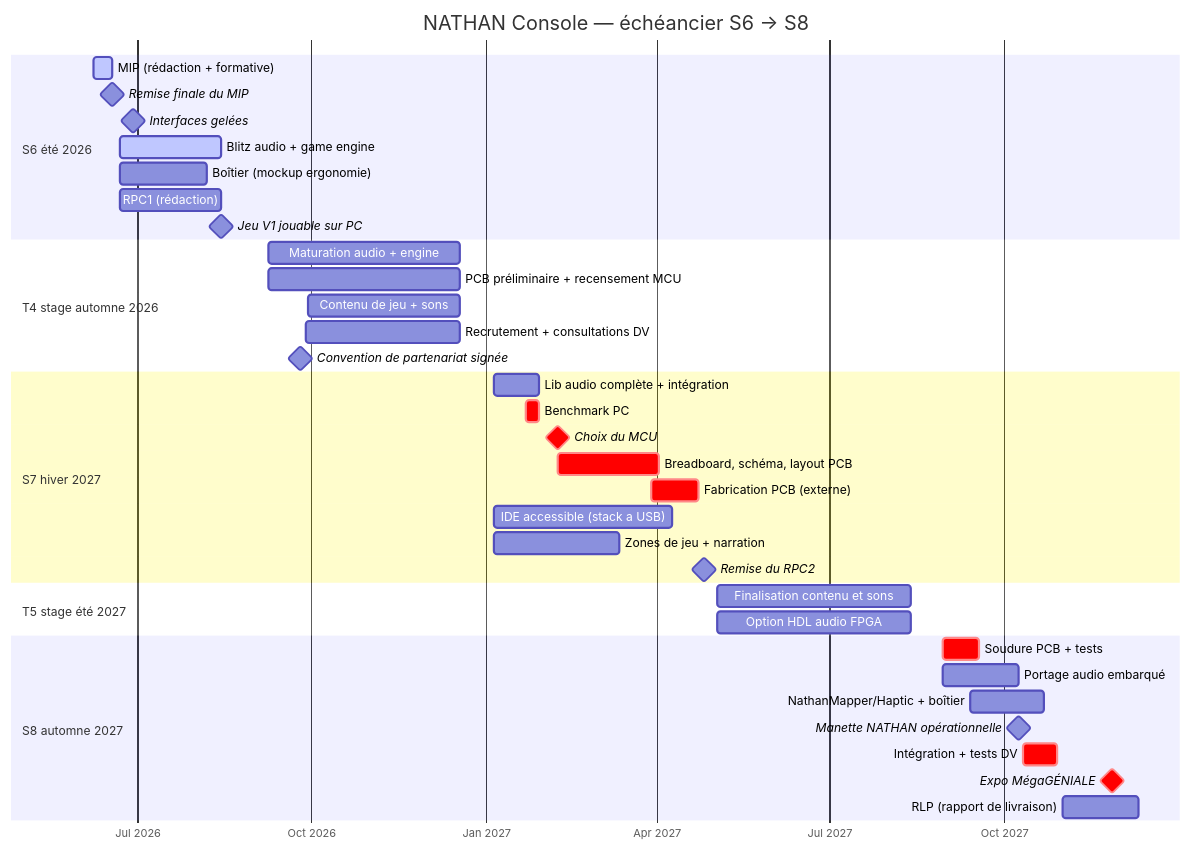
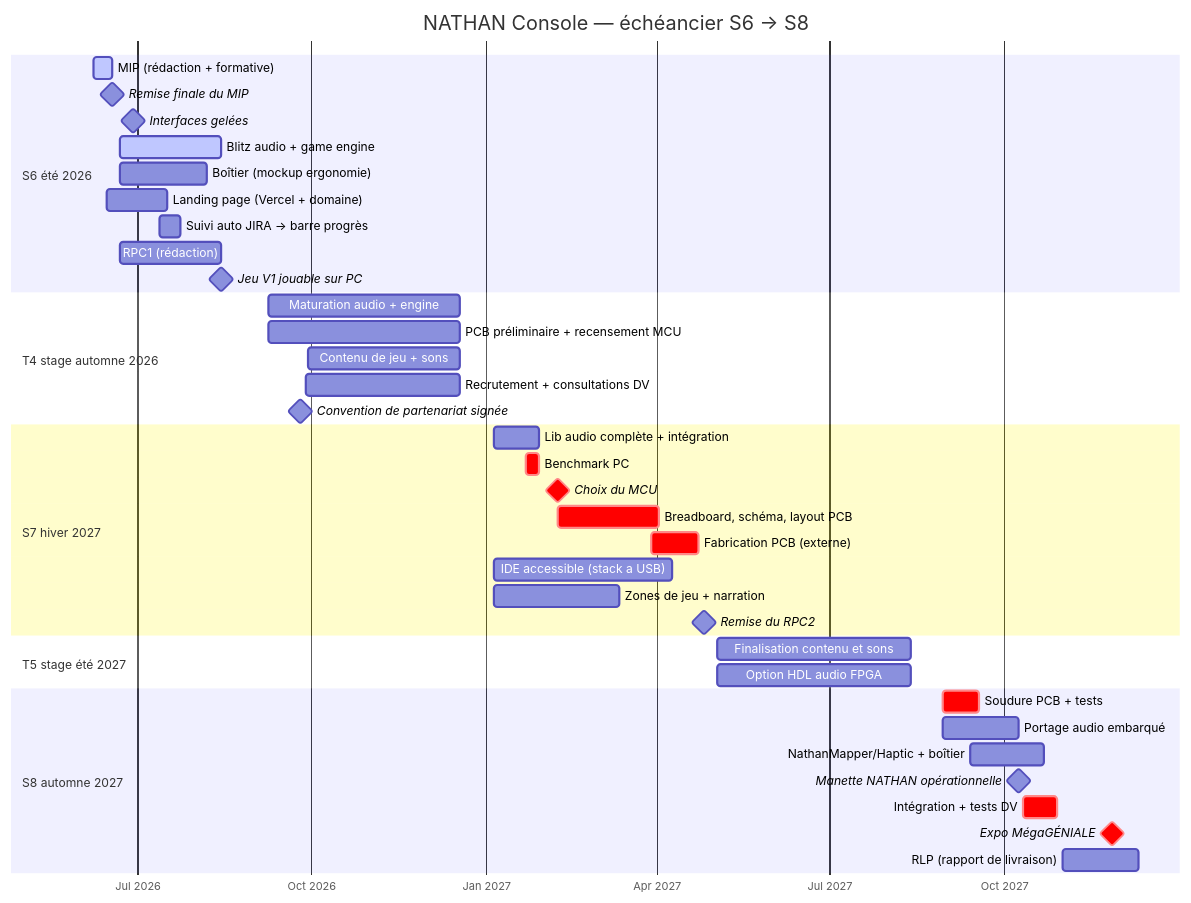
The second of 3 diagrams in docs/planning/TACHES.md (Creativipi/NATHAN-console), drawn with Mermaid before and after one commit. The commit also changed other lines of this file and 1 other file, not shown here.

````diff
--- a/docs/planning/TACHES.md
+++ b/docs/planning/TACHES.md
@@ -403,40 +423,42 @@
 ```mermaid
 gantt
     title NATHAN Console — échéancier S6 → S8
     dateFormat YYYY-MM-DD
     axisFormat %b %Y
     section S6 été 2026
     MIP (rédaction + formative)        :active, 2026-06-08, 2026-06-18
     Remise finale du MIP               :milestone, 2026-06-18, 0d
     Interfaces gelées                  :milestone, 2026-06-29, 0d
     Blitz audio + game engine          :active, 2026-06-22, 2026-08-14
     Boîtier (mockup ergonomie)         :2026-06-22, 2026-08-07
+    Landing page (Vercel + domaine)    :2026-06-15, 2026-07-17
+    Suivi auto JIRA -> barre progrès    :2026-07-13, 2026-07-24
     RPC1 (rédaction)                   :2026-06-22, 2026-08-14
     Jeu V1 jouable sur PC              :milestone, 2026-08-14, 0d
     section T4 stage automne 2026
     Maturation audio + engine          :2026-09-08, 2026-12-18
     PCB préliminaire + recensement MCU :2026-09-08, 2026-12-18
     Contenu de jeu + sons              :2026-09-29, 2026-12-18
     Recrutement + consultations DV     :2026-09-28, 2026-12-18
     Convention de partenariat signée   :milestone, 2026-09-25, 0d
     section S7 hiver 2027
     Lib audio complète + intégration   :2027-01-05, 2027-01-29
     Benchmark PC                       :crit, 2027-01-22, 2027-01-29
     Choix du MCU                       :milestone, crit, 2027-02-08, 0d
     Breadboard, schéma, layout PCB     :crit, 2027-02-08, 2027-04-02
     Fabrication PCB (externe)          :crit, 2027-03-29, 2027-04-23
     IDE accessible (stack a USB)       :2027-01-05, 2027-04-09
     Zones de jeu + narration           :2027-01-05, 2027-03-12
     Remise du RPC2                     :milestone, 2027-04-26, 0d
     section T5 stage été 2027
     Finalisation contenu et sons       :2027-05-03, 2027-08-13
     Option HDL audio FPGA              :2027-05-03, 2027-08-13
     section S8 automne 2027
     Soudure PCB + tests                :crit, 2027-08-30, 2027-09-18
     Portage audio embarqué             :2027-08-30, 2027-10-09
     NathanMapper/Haptic + boîtier      :2027-09-13, 2027-10-22
     Manette NATHAN opérationnelle      :milestone, 2027-10-09, 0d
     Intégration + tests DV             :crit, 2027-10-11, 2027-10-29
     Expo MégaGÉNIALE                   :milestone, crit, 2027-11-27, 0d
     RLP (rapport de livraison)         :2027-11-01, 2027-12-11
 ```
````
